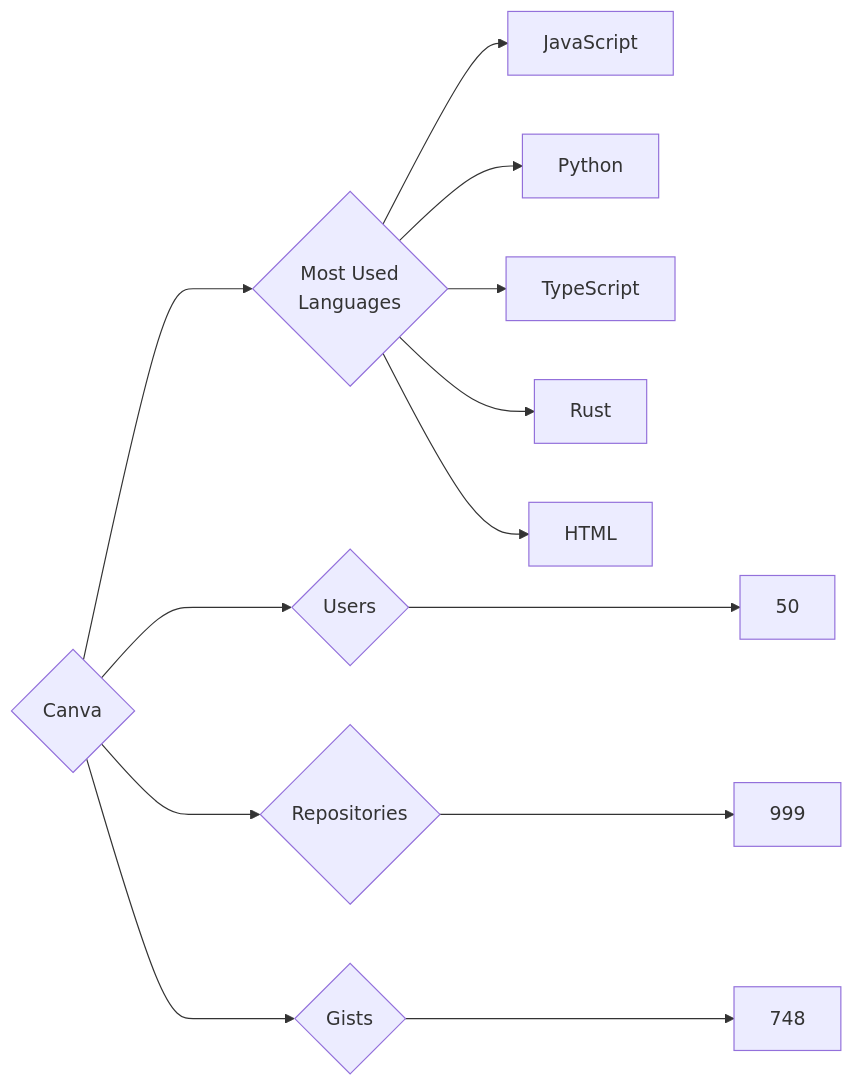
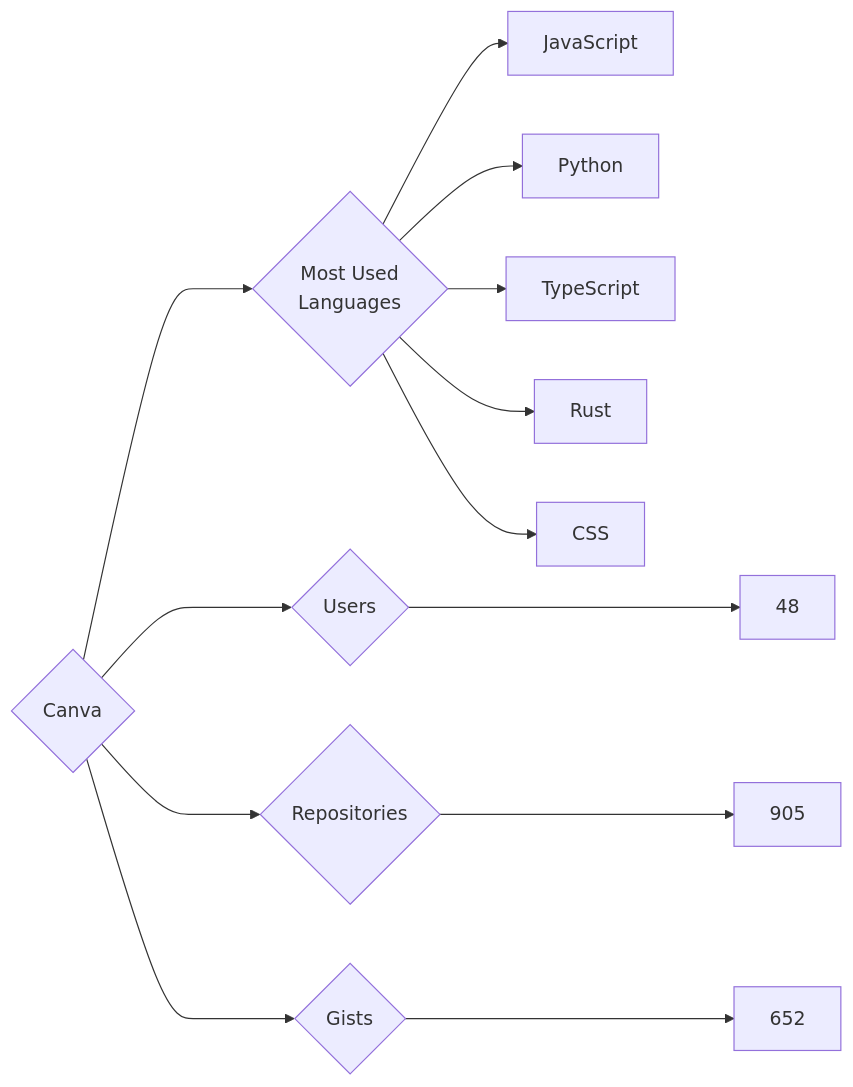
Before and after one commit to trickest/insiders: the diagram in targets/Canva/README.md, drawn with Mermaid. The commit also changed 1238 other files, not shown here.

````diff
--- a/targets/Canva/README.md
+++ b/targets/Canva/README.md
@@ -3,13 +3,13 @@
 ```mermaid
 graph LR
 COMPANY_NAME{Canva}
-COMPANY_NAME ---> U{Users} ---> UN[50]
-COMPANY_NAME ---> R{Repositories} ---> RN[999]
-COMPANY_NAME ---> G{Gists} ---> GN[748]
+COMPANY_NAME ---> U{Users} ---> UN[48]
+COMPANY_NAME ---> R{Repositories} ---> RN[905]
+COMPANY_NAME ---> G{Gists} ---> GN[652]
 COMPANY_NAME ---> ML{Most Used<br>Languages}
 ML --> JavaScript[JavaScript]
 ML --> Python[Python]
 ML --> TypeScript[TypeScript]
 ML --> Rust[Rust]
-ML --> HTML[HTML]
+ML --> CSS[CSS]
 ```
````
